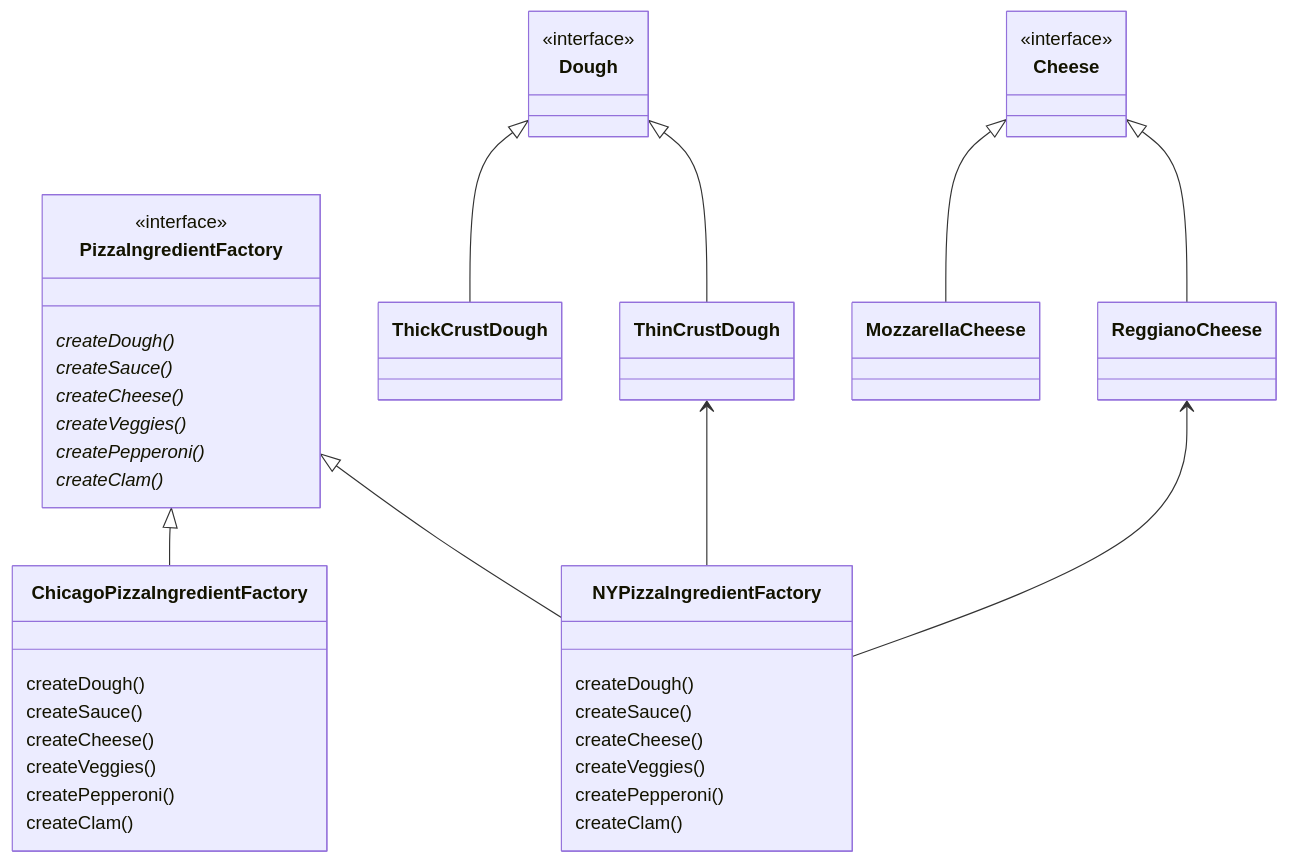
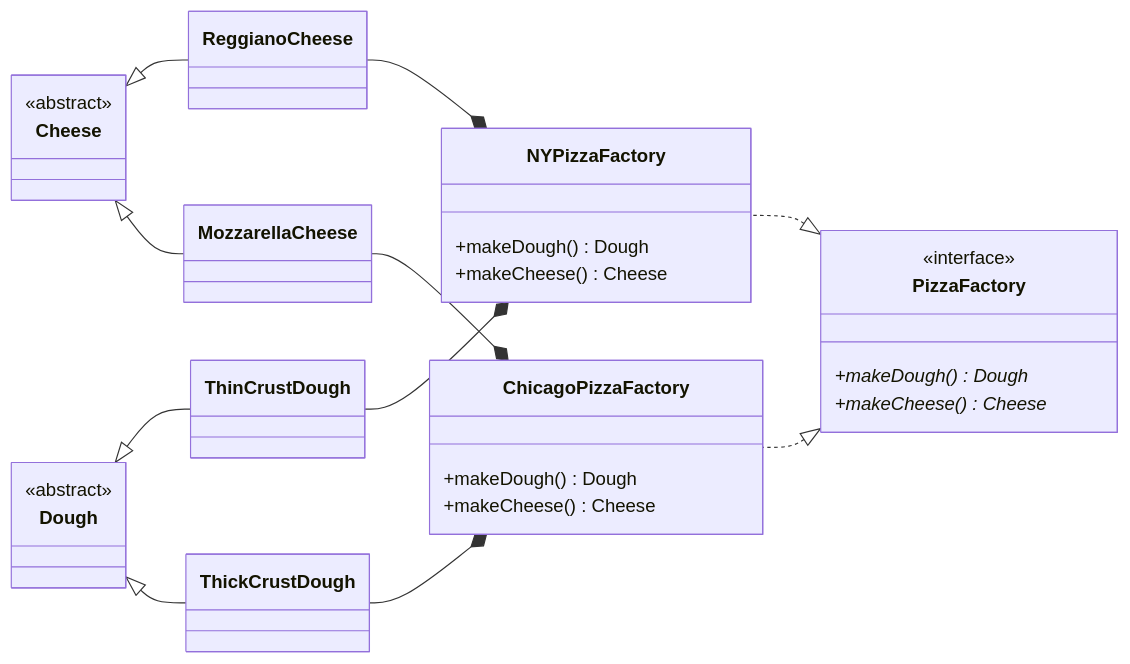
The diagram in src/factory/abstract_factory/UML.md (tiaz0128/design-pattern-in-python), drawn with Mermaid before and after one commit. The commit also changed 12 other files, not shown here.

````diff
--- a/src/factory/abstract_factory/UML.md
+++ b/src/factory/abstract_factory/UML.md
@@ -1,71 +1,59 @@
 ```mermaid 
 classDiagram
-    direction BT
-
-    class PizzaIngredientFactory {
-        <<interface>>
-
-        createDough()*
-        createSauce()*
-        createCheese()*
-        createVeggies()*
-        createPepperoni()*
-        createClam()*
-    }
-
-    class NYPizzaIngredientFactory {
-        createDough()
-        createSauce()
-        createCheese()
-        createVeggies()
-        createPepperoni()
-        createClam()
-    }
-    
-
-    class ChicagoPizzaIngredientFactory {
-        createDough()
-        createSauce()
-        createCheese()
-        createVeggies()
-        createPepperoni()
-        createClam()
-    }
-
-    NYPizzaIngredientFactory --|> PizzaIngredientFactory
-    ChicagoPizzaIngredientFactory --|> PizzaIngredientFactory
+    direction RL
 
     class Dough {
-        <<interface>>
+        <<abstract>>
     }
 
     class Cheese {
-        <<interface>>
+        <<abstract>>
     }
 
     class ThinCrustDough {
         
     }
 
     class ThickCrustDough {
         
     }
 
     ThinCrustDough --|> Dough
     ThickCrustDough --|> Dough
+
+    class PizzaFactory {
+        <<interface>>
+        +makeDough() Dough*
+        +makeCheese() Cheese*
+    }
+
+    class NYPizzaFactory {
+        +makeDough() Dough
+        +makeCheese() Cheese
+    }
+    
+
+    class ChicagoPizzaFactory {
+        +makeDough() Dough
+        +makeCheese() Cheese
+    }
     
     class ReggianoCheese {
     }
 
     class MozzarellaCheese {
 
     }
 
     ReggianoCheese --|> Cheese
     MozzarellaCheese --|> Cheese
 
-    NYPizzaIngredientFactory --> ReggianoCheese
-    NYPizzaIngredientFactory --> ThinCrustDough
-    
-    
+    NYPizzaFactory *-- ReggianoCheese
+    NYPizzaFactory *-- ThinCrustDough
+
+    ChicagoPizzaFactory *-- MozzarellaCheese
+    ChicagoPizzaFactory *-- ThickCrustDough
+
+    PizzaFactory <|.. NYPizzaFactory
+    PizzaFactory <|.. ChicagoPizzaFactory
 ```
````
